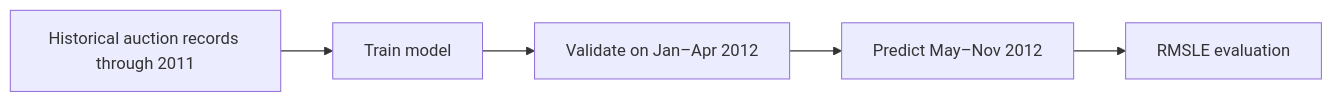
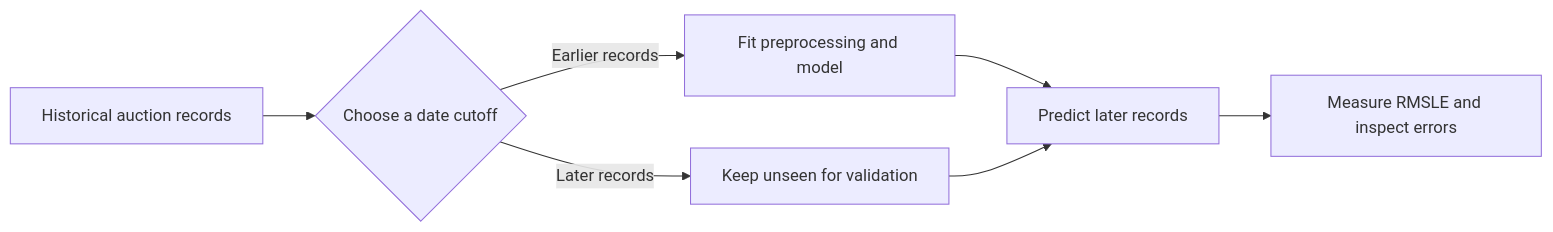
The first of 3 diagrams in 04-bulldozer-price-regression/README.md (CHAITANYA-2002/machine-learning-projects), drawn with Mermaid before and after one commit. The commit also changed other lines of this file and 109 other files, not shown here.

````diff
--- a/04-bulldozer-price-regression/README.md
+++ b/04-bulldozer-price-regression/README.md
@@ -15,7 +31,9 @@
 ```mermaid
 flowchart LR
-    A[Historical auction records through 2011] --> B[Train model]
-    B --> C[Validate on Jan–Apr 2012]
-    C --> D[Predict May–Nov 2012]
-    D --> E[RMSLE evaluation]
+    A[Historical auction records] --> B{Choose a date cutoff}
+    B -->|Earlier records| C[Fit preprocessing and model]
+    B -->|Later records| D[Keep unseen for validation]
+    C --> E[Predict later records]
+    D --> E
+    E --> F[Measure RMSLE and inspect errors]
 ```
````
